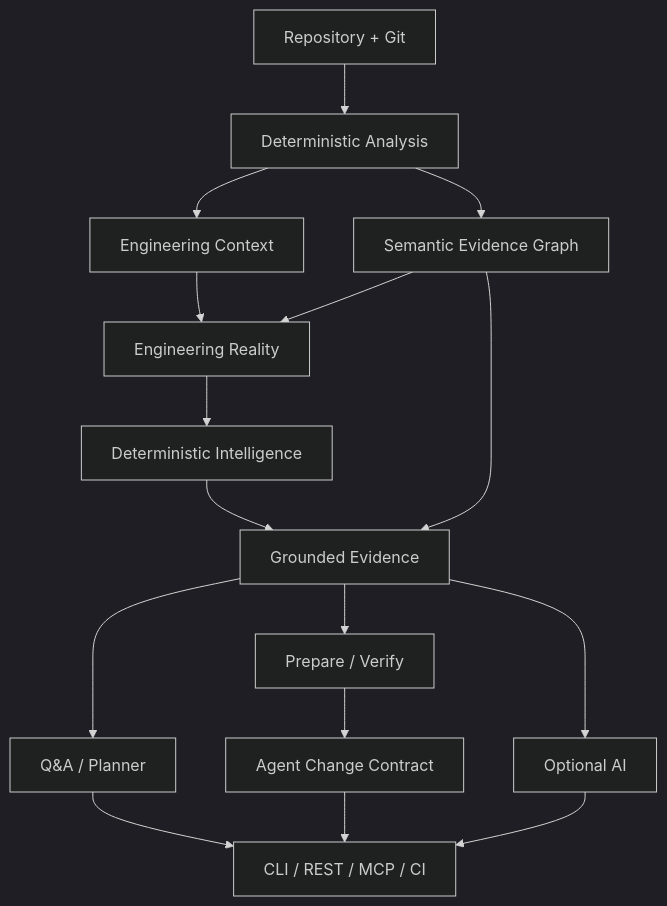
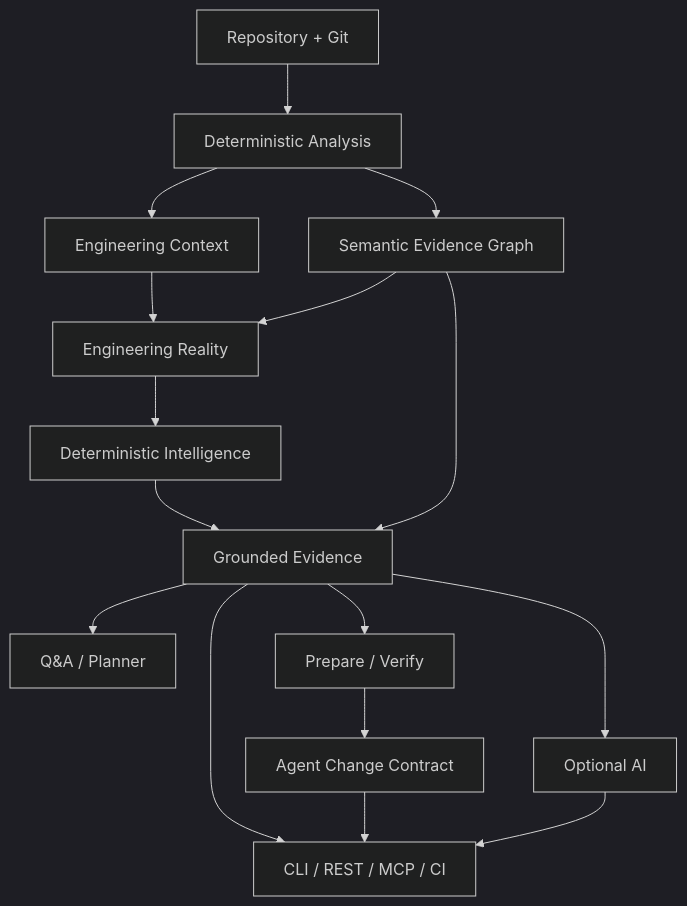
One commit to sonii-shivansh/CodeContext changed the diagram in README.md. Above: the diagram before and after it, drawn with Mermaid (dark theme). The commit also changed other lines of this file, not shown here.

Commit message:
Phase 7: finalize README evidence graph documentation

````diff
--- a/README.md
+++ b/README.md
@@ -42,18 +175,18 @@
 ```mermaid
 flowchart TD
     R[Repository + Git] --> A[Deterministic Analysis]
     A --> C[Engineering Context]
     A --> G[Semantic Evidence Graph]
     C --> E[Engineering Reality]
     G --> E
     E --> I[Deterministic Intelligence]
-    G --> Q[Grounded Evidence]
-    I --> Q
+    I --> Q[Grounded Evidence]
+    G --> Q
     Q --> P[Q&A / Planner]
     Q --> V[Prepare / Verify]
     V --> K[Agent Change Contract]
-    P --> X[CLI / REST / MCP / CI]
+    Q --> X[CLI / REST / MCP / CI]
     K --> X
     Q --> AI[Optional AI]
     AI --> X
 ```
````
